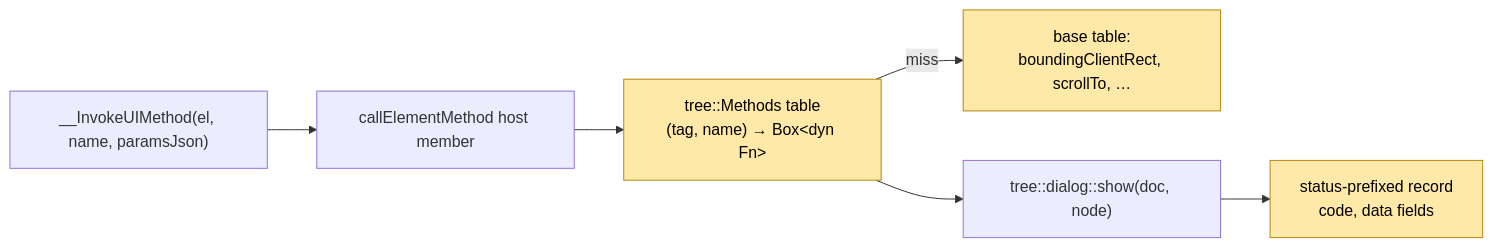
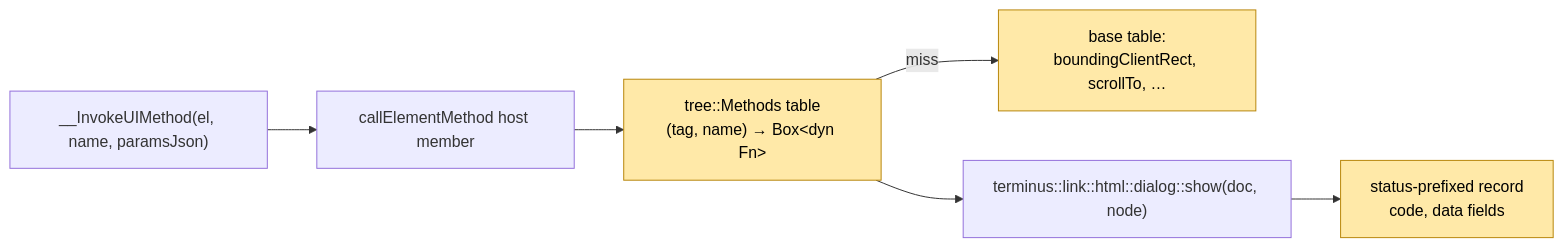
Before and after one commit to PupilTong/lynx-vello: the first of 2 diagrams in docs/element-methods-design.md, drawn with Mermaid. The commit also changed other lines of this file and 2124 other files, not shown here.

First line of the commit message:
refactor: rename the engine crates (terminus, seldon, prime-radiant), move the painter and HTML elements into terminus, terminus::link as the one public surface (#471)

````diff
--- a/docs/element-methods-design.md
+++ b/docs/element-methods-design.md
@@ -98,9 +98,9 @@
 ```mermaid
 flowchart LR
   classDef focus fill:#ffe9a8,stroke:#b8860b,color:#000
   I["__InvokeUIMethod(el, name, paramsJson)"] --> H["callElementMethod host member"]
   H --> T["tree::Methods table<br/>(tag, name) → Box&lt;dyn Fn&gt;"]:::focus
   T -->|miss| B["base table:<br/>boundingClientRect, scrollTo, …"]:::focus
-  T --> D["tree::dialog::show(doc, node)"]
+  T --> D["terminus::link::html::dialog::show(doc, node)"]
   D --> E["status-prefixed record<br/>code, data fields"]:::focus
 ```
````
